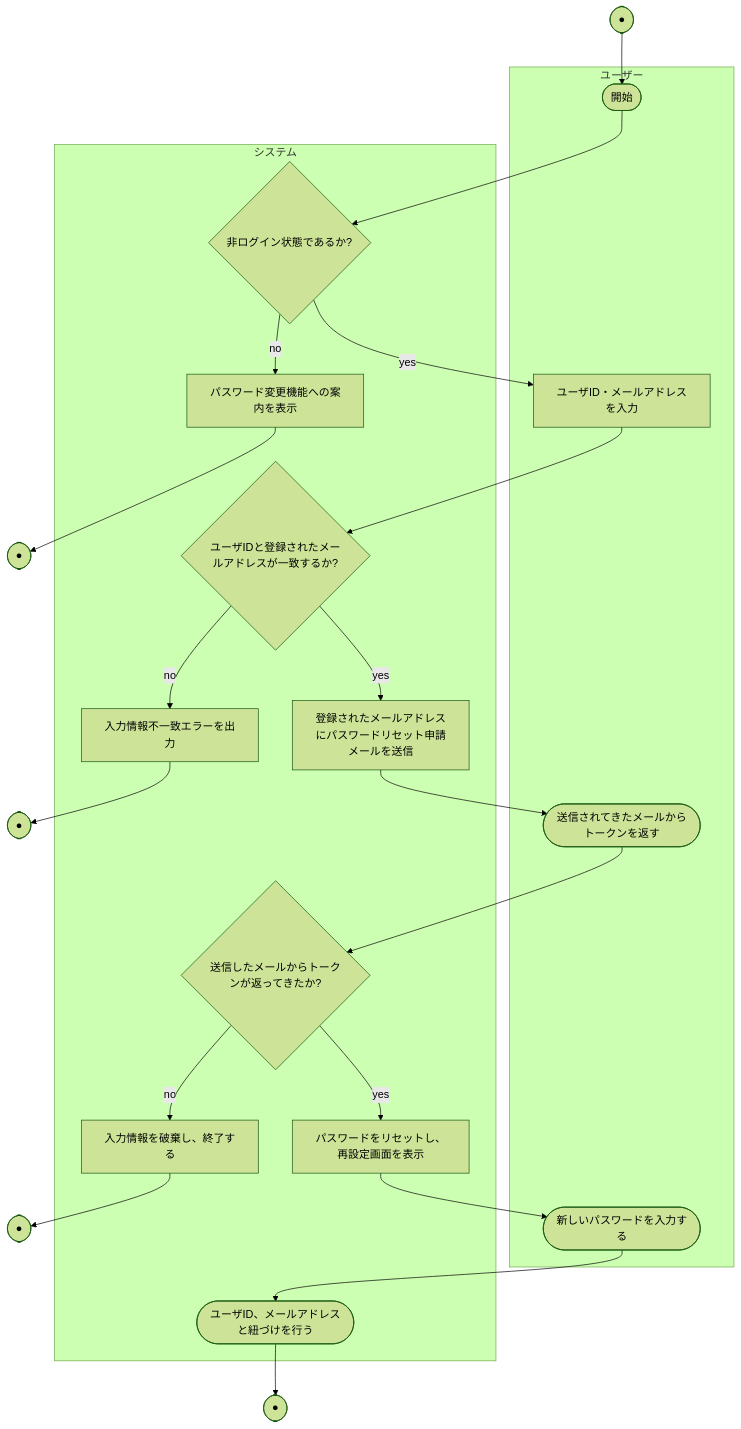
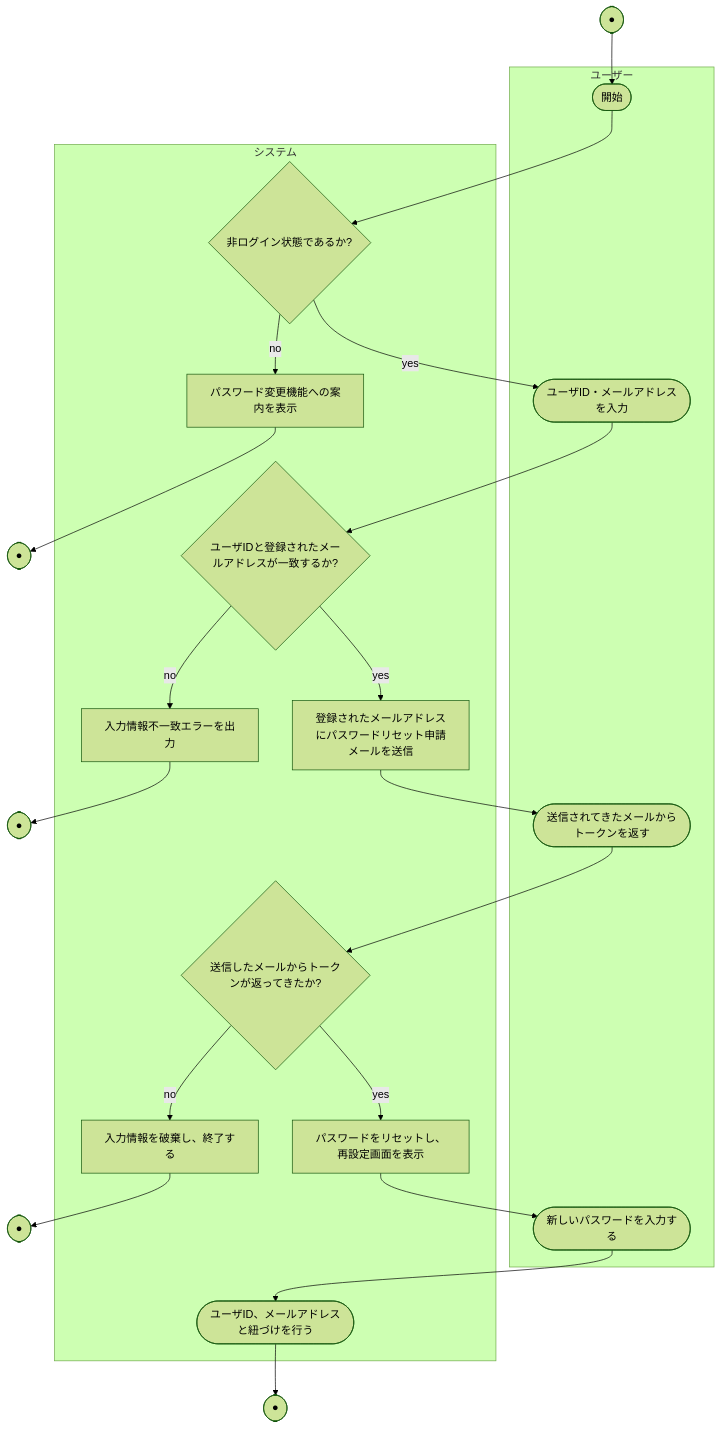
Before and after one commit to migite/markdown_tmp: the diagram in PassWordReset.md, drawn with Mermaid (forest theme).

````diff
--- a/PassWordReset.md
+++ b/PassWordReset.md
@@ -7,40 +7,40 @@
 ```mermaid
 flowchart TD
     initialNode([●]) --> start
 
     subgraph ユーザー
         start([開始])
-        inputCredentials[ユーザID・メールアドレスを入力]
+        inputCredentials([ユーザID・メールアドレスを入力])
         returnToken([送信されてきたメールからトークンを返す])
         inputNewPassword([新しいパスワードを入力する])
     end
 
     subgraph システム
         checkNotLoggedIn{非ログイン状態であるか?}
         showChangePasswordGuide[パスワード変更機能への案内を表示]
         checkEmailMatch{ユーザIDと登録されたメールアドレスが一致するか?}
         sendResetEmail[登録されたメールアドレスにパスワードリセット申請メールを送信]
         showMismatchError[入力情報不一致エラーを出力]
         checkTokenReturned{送信したメールからトークンが返ってきたか?}
         resetPasswordAndShowForm[パスワードをリセットし、再設定画面を表示]
         applyPasswordAndID([ユーザID、メールアドレスと紐づけを行う])
         discardInputAndExit[入力情報を破棄し、終了する]
     end
 
     start --> checkNotLoggedIn
     checkNotLoggedIn -- yes --> inputCredentials
     checkNotLoggedIn -- no --> showChangePasswordGuide
     showChangePasswordGuide --> endGuide([●])
     inputCredentials --> checkEmailMatch
     checkEmailMatch -- yes --> sendResetEmail
     checkEmailMatch -- no --> showMismatchError
     showMismatchError --> endMismatch([●])
     sendResetEmail --> returnToken
     returnToken -->checkTokenReturned
     checkTokenReturned -- yes --> resetPasswordAndShowForm
     resetPasswordAndShowForm --> inputNewPassword
     inputNewPassword --> applyPasswordAndID
     checkTokenReturned -- no --> discardInputAndExit
    applyPasswordAndID --> endSuccess([●])
     discardInputAndExit --> endDiscard([●])
 ```
````
